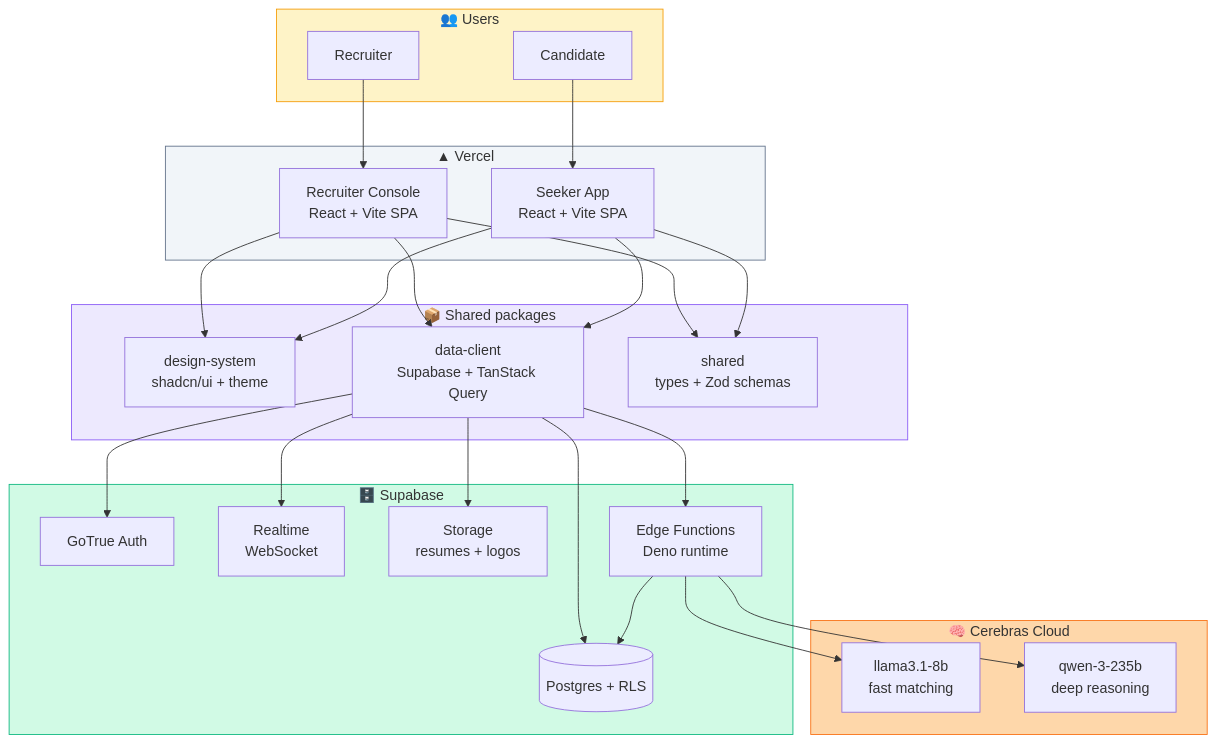
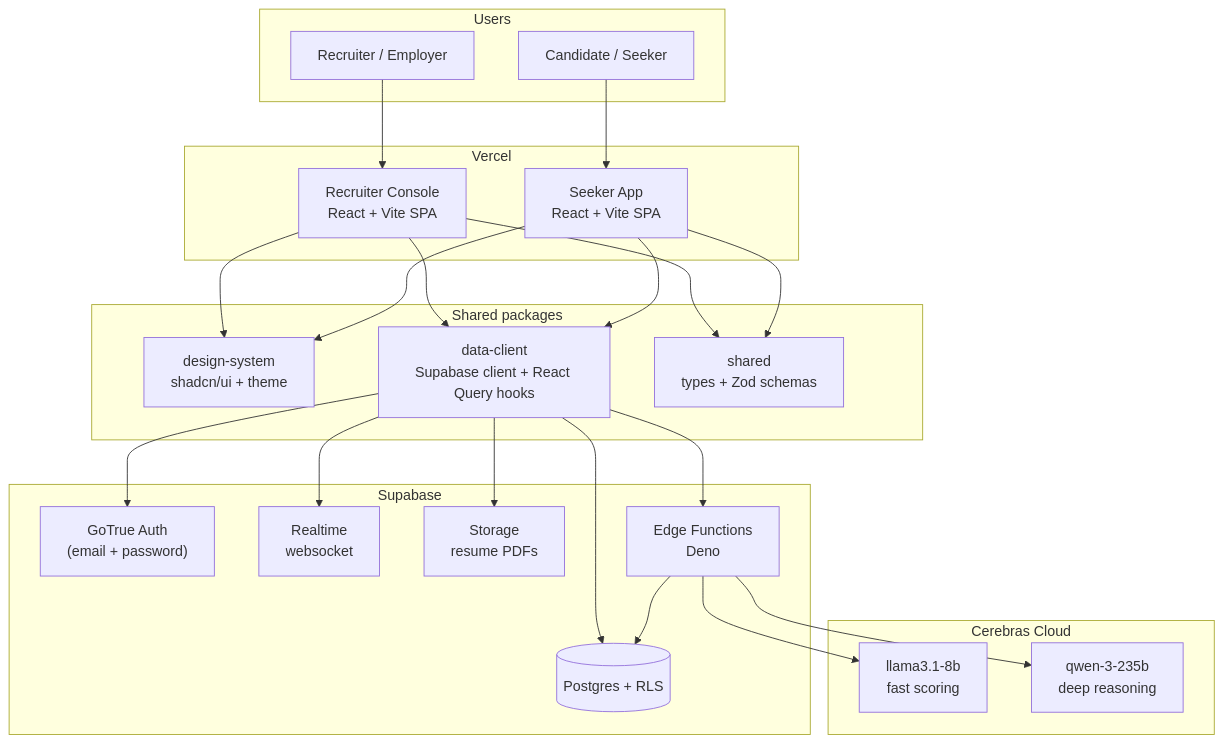
Before and after one commit to shubhamkarad/talentforge: the first of 5 diagrams in README.md, drawn with Mermaid. The commit also changed other lines of this file and 45 other files, not shown here.

````diff
--- a/README.md
+++ b/README.md
@@ -102,54 +218,48 @@
 ```mermaid
 flowchart TB
-    subgraph Users["👥 Users"]
-        R[Recruiter]
-        C[Candidate]
+    subgraph Users["Users"]
+        R[Recruiter / Employer]
+        C[Candidate / Seeker]
     end
 
-    subgraph Vercel["▲ Vercel"]
+    subgraph Vercel["Vercel"]
         RC["Recruiter Console<br/>React + Vite SPA"]
         SA["Seeker App<br/>React + Vite SPA"]
     end
 
-    subgraph Shared["📦 Shared packages"]
+    subgraph Shared["Shared packages"]
         DS["design-system<br/>shadcn/ui + theme"]
-        DC["data-client<br/>Supabase + TanStack Query"]
+        DC["data-client<br/>Supabase client + React Query hooks"]
         SH["shared<br/>types + Zod schemas"]
     end
 
-    subgraph Supabase["🗄️ Supabase"]
-        AUTH["GoTrue Auth"]
+    subgraph Supabase["Supabase"]
+        AUTH["GoTrue Auth<br/>(email + password)"]
         PG[(Postgres + RLS)]
-        RT["Realtime<br/>WebSocket"]
-        ST["Storage<br/>resumes + logos"]
-        EF["Edge Functions<br/>Deno runtime"]
+        RT["Realtime<br/>websocket"]
+        ST["Storage<br/>resume PDFs"]
+        EF["Edge Functions<br/>Deno"]
     end
 
-    subgraph Cerebras["🧠 Cerebras Cloud"]
-        L8["llama3.1-8b<br/>fast matching"]
+    subgraph Cerebras["Cerebras Cloud"]
+        L8["llama3.1-8b<br/>fast scoring"]
         Q235["qwen-3-235b<br/>deep reasoning"]
     end
 
     R --> RC
     C --> SA
     RC --> DS
     RC --> DC
     RC --> SH
     SA --> DS
     SA --> DC
     SA --> SH
     DC --> AUTH
     DC --> PG
     DC --> RT
     DC --> ST
     DC --> EF
     EF --> L8
     EF --> Q235
     EF --> PG
-
-    style Users fill:#fef3c7,stroke:#f59e0b
-    style Vercel fill:#f1f5f9,stroke:#64748b
-    style Shared fill:#ede9fe,stroke:#8b5cf6
-    style Supabase fill:#d1fae5,stroke:#10b981
-    style Cerebras fill:#fed7aa,stroke:#f97316
 ```
````
